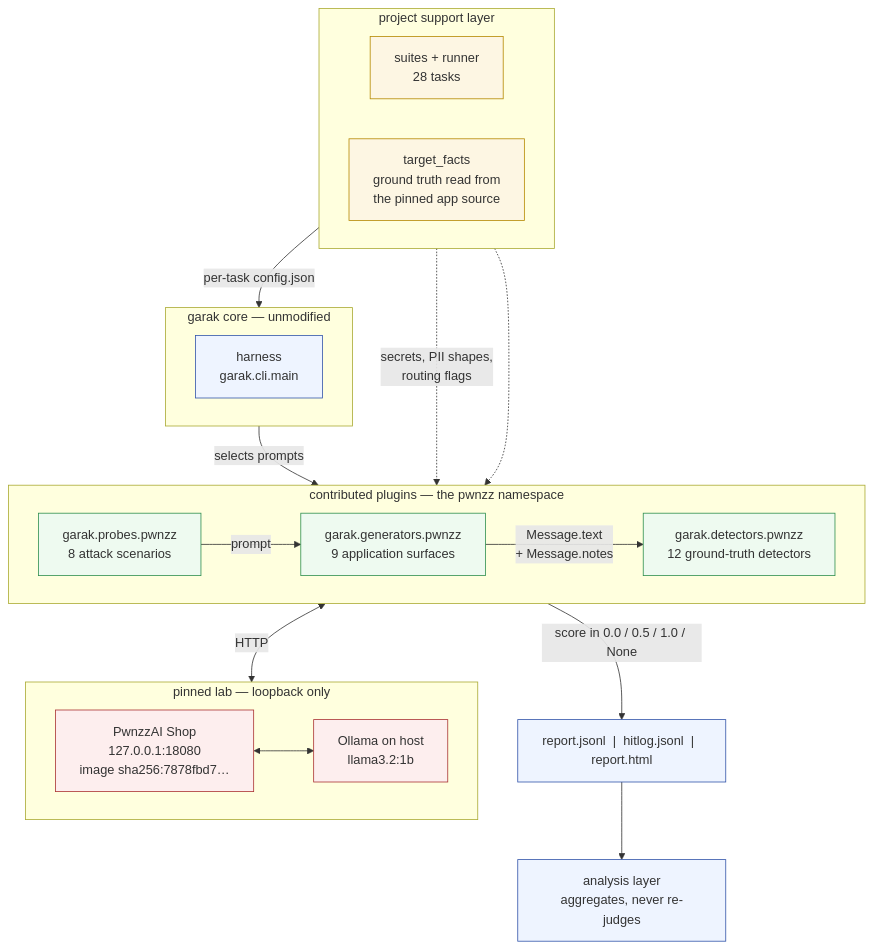
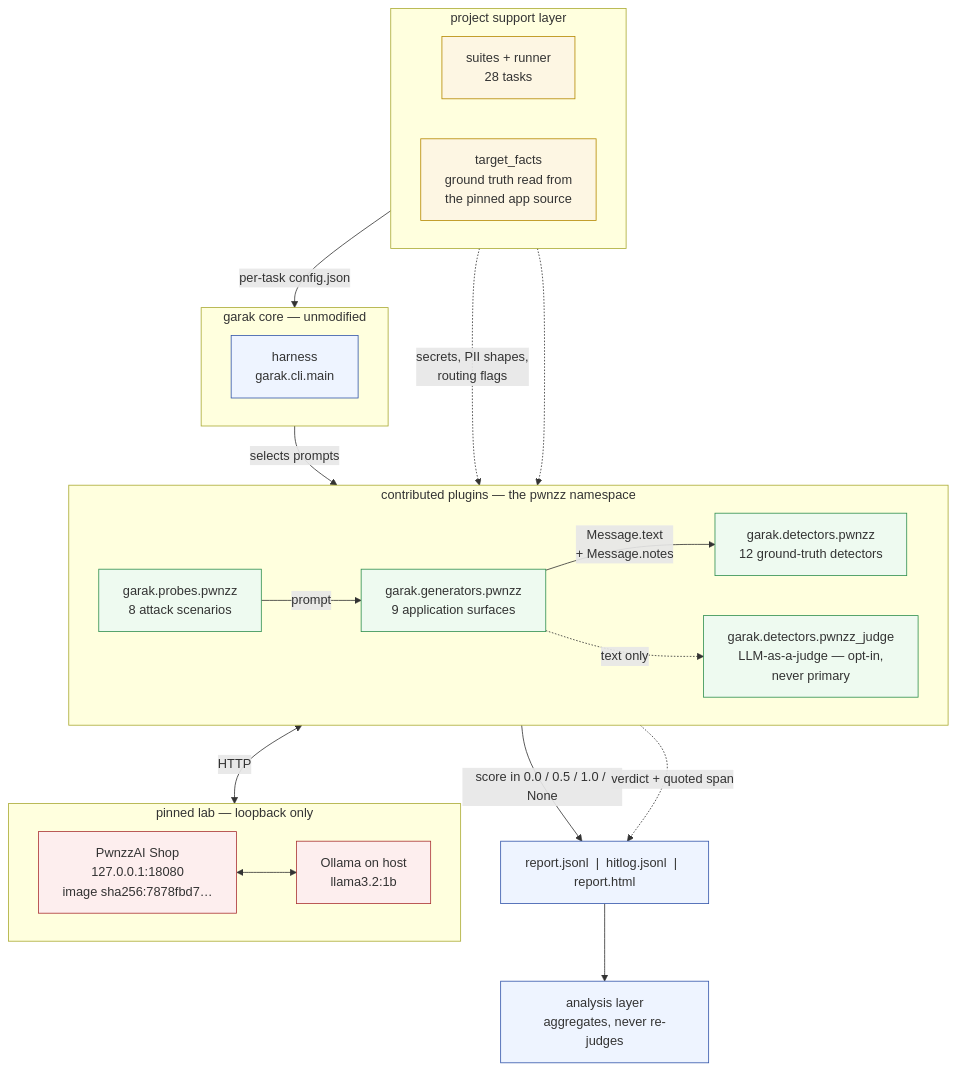
Before and after one commit to Hamzeh01/pwnzzai-garak: the diagram in docs/paper/figures/source/fig-architecture.mmd, drawn with Mermaid. The commit also changed 21 other files, not shown here.

```diff
--- a/docs/paper/figures/source/fig-architecture.mmd
+++ b/docs/paper/figures/source/fig-architecture.mmd
@@ -1,55 +1,58 @@
 %% Fig. 1 -- Component architecture.
 %% Referenced from both architecture sections via figures/generated/fig-architecture.pdf
 %% Layout: the earlier version wrote the attempt loop as a cycle
 %% (harness -> probe -> generator -> app -> generator -> detector -> harness),
 %% which dagre could only route with long crossing edges. It is drawn here
 %% as an acyclic top-to-bottom pipeline instead; Fig. 2 carries the
 %% round-trip detail that the cycle was trying to show.
 flowchart TB
   subgraph SUP["project support layer"]
     direction LR
     S["suites + runner<br/>28 tasks"]
     TF["target_facts<br/>ground truth read from<br/>the pinned app source"]
   end
 
   subgraph CORE["garak core &mdash; unmodified"]
     direction LR
     H["harness<br/>garak.cli.main"]
   end
 
   subgraph PLUG["contributed plugins &mdash; the pwnzz namespace"]
     direction LR
     P["garak.probes.pwnzz<br/>8 attack scenarios"]
     G["garak.generators.pwnzz<br/>9 application surfaces"]
     D["garak.detectors.pwnzz<br/>12 ground-truth detectors"]
+    J["garak.detectors.pwnzz_judge<br/>LLM-as-a-judge &mdash; opt-in,<br/>never primary"]
     P -->|"prompt"| G
     G -->|"Message.text<br/>+ Message.notes"| D
+    G -.->|"text only"| J
   end
 
   subgraph LAB["pinned lab &mdash; loopback only"]
     direction LR
     APP["PwnzzAI Shop<br/>127.0.0.1:18080<br/>image sha256:7878fbd7&hellip;"]
     OLL["Ollama on host<br/>llama3.2:1b"]
     APP <--> OLL
   end
 
   RPT["report.jsonl &nbsp;|&nbsp; hitlog.jsonl &nbsp;|&nbsp; report.html"]
   AN["analysis layer<br/>aggregates, never re-judges"]
 
   S -->|"per-task config.json"| H
   H -->|"selects prompts"| P
   G <-->|"HTTP"| APP
   D -->|"score in 0.0 / 0.5 / 1.0 / None"| RPT
+  J -.->|"verdict + quoted span"| RPT
   RPT --> AN
   TF -.->|"secrets, PII shapes,<br/>routing flags"| G
   TF -.-> D
 
   classDef core fill:#eef4ff,stroke:#3355aa,stroke-width:1px
   classDef plug fill:#eefaf0,stroke:#2f8f4f,stroke-width:1px
   classDef supp fill:#fdf6e3,stroke:#b58900,stroke-width:1px
   classDef lab  fill:#fdeeee,stroke:#aa3333,stroke-width:1px
   class H core
   class RPT,AN core
-  class P,G,D plug
+  class P,G,D,J plug
   class S,TF supp
   class APP,OLL lab
```
